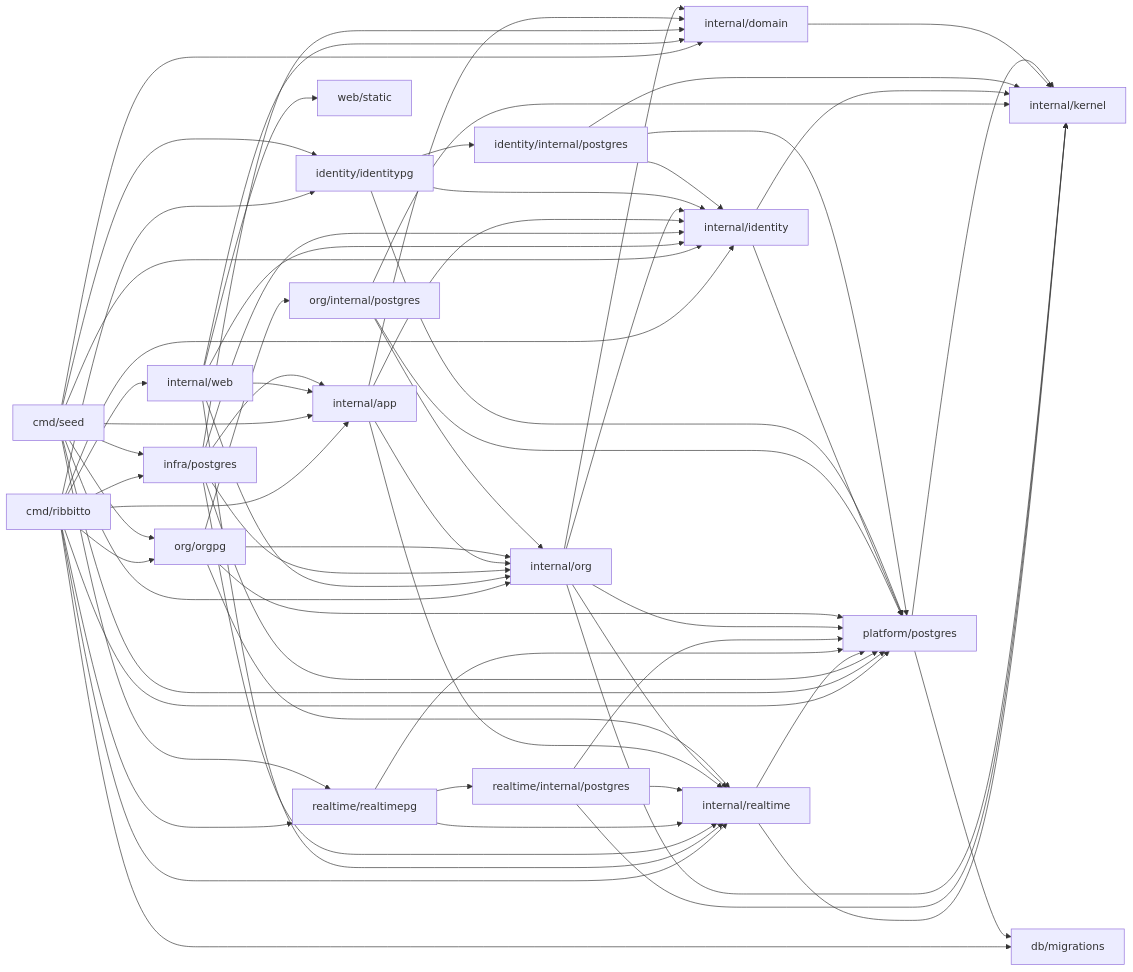
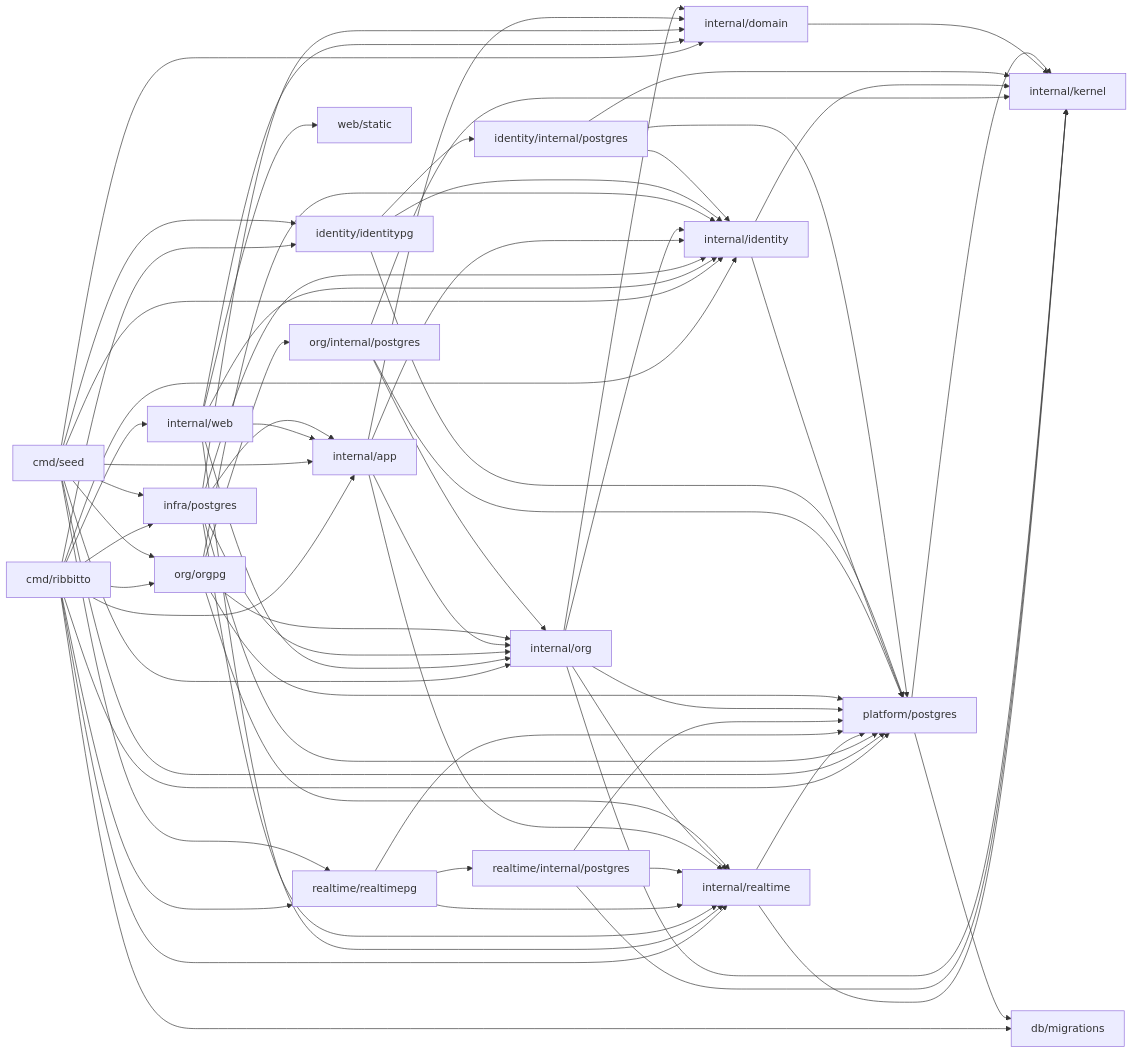
One commit to tkakkie/ribbitto changed the diagram in docs/architecture/packages.md. Above: the diagram before and after it, drawn with Mermaid. The commit also changed other lines of this file and 20 other files, not shown here.

````diff
--- a/docs/architecture/packages.md
+++ b/docs/architecture/packages.md
@@ -66,19 +66,19 @@
 ```mermaid
 flowchart LR
   cmd[cmd/ribbitto] --> web & app & orgpg[org/orgpg] & identity & identitypg[identity/identitypg] & realtimepg & postgres[infra/postgres] & realtime & platform[platform/postgres] & migrations[db/migrations]
   seed[cmd/seed] --> app & org & orgpg & identity & identitypg & realtimepg & postgres & platform & domain
   web[internal/web] --> app & org & identity & domain & realtime & static[web/static]
   postgres --> app & org & identity & domain & platform & realtime
   realtime[internal/realtime] --> kernel & platform
   realtimepg[realtime/realtimepg] --> realtime & rstore[realtime/internal/postgres] & platform
   rstore --> realtime & platform & kernel
   app[internal/app] --> org & identity & realtime & domain[internal/domain]
   org[internal/org] --> identity & realtime & domain & kernel & platform
-  orgpg --> org & ostore[org/internal/postgres] & platform & realtime
+  orgpg --> org & ostore[org/internal/postgres] & platform & identity & realtime
   ostore --> org & platform & kernel
   identity[internal/identity] --> kernel & platform
   identitypg --> identity & store[identity/internal/postgres] & platform
   store --> identity & platform & kernel
   domain --> kernel[internal/kernel]
   platform --> kernel & migrations
 ```
````
